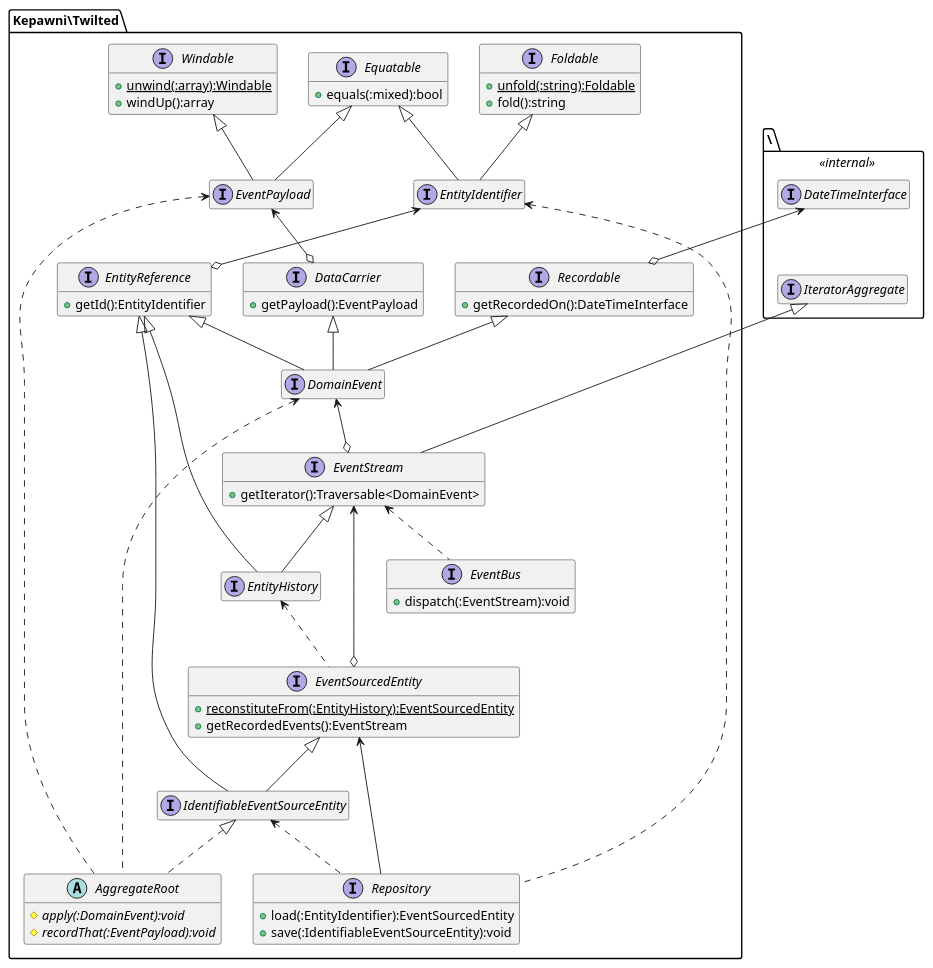
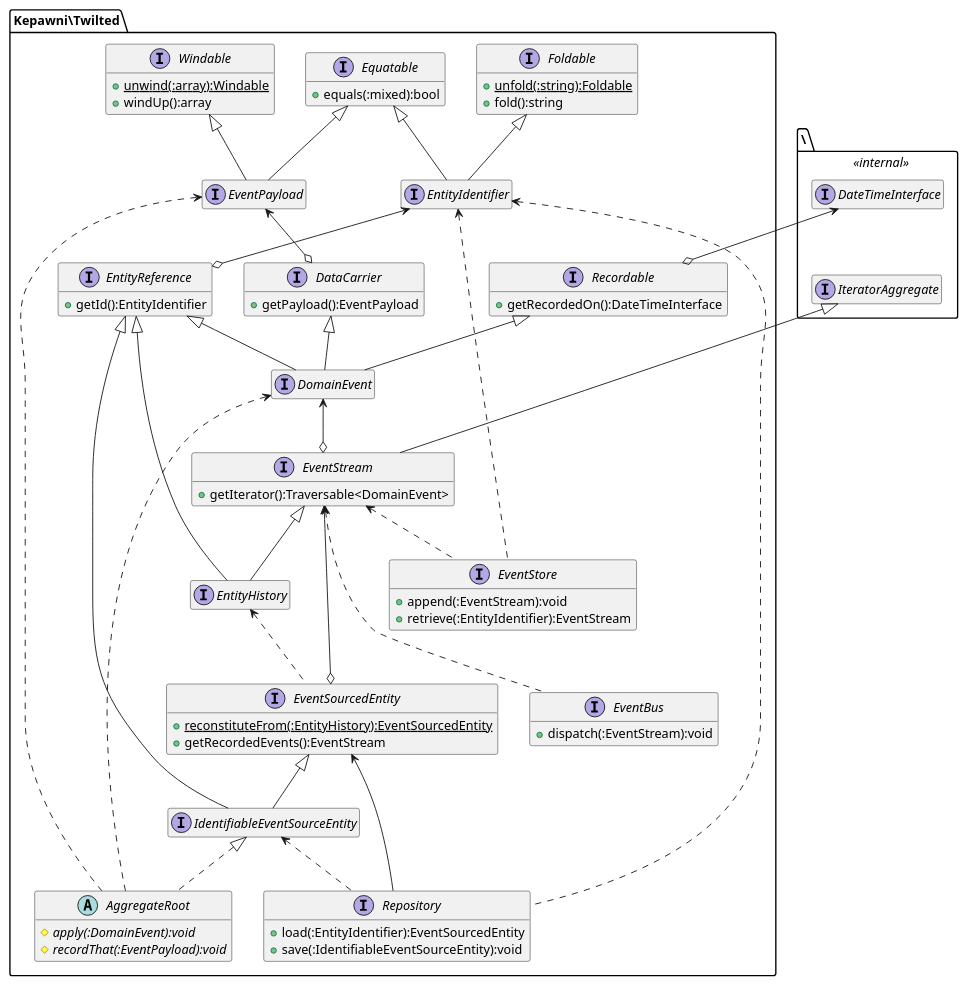
Before and after one commit to kepawni/twilted: the diagram in doc/structure.puml, drawn with PlantUML. The commit also changed 2 other files, not shown here.

Commit message:
Add EventStore and update class diagrams

```diff
--- a/doc/structure.puml
+++ b/doc/structure.puml
@@ -1,80 +1,86 @@
 @startuml
 hide empty members
 package \ <<internal>> {
     interface IteratorAggregate
     interface DateTimeInterface
 }
 package Kepawni\Twilted {
     abstract AggregateRoot {
         {abstract} #apply(:DomainEvent):void
         {abstract} #recordThat(:EventPayload):void
     }
     interface DataCarrier {
         +getPayload():EventPayload
     }
     interface DomainEvent
     interface EntityHistory
     interface EntityIdentifier
     interface EntityReference {
         +getId():EntityIdentifier
     }
     interface Equatable {
         +equals(:mixed):bool
     }
     interface EventBus {
         +dispatch(:EventStream):void
     }
     interface EventPayload
     interface EventSourcedEntity {
         {static} +reconstituteFrom(:EntityHistory):EventSourcedEntity
         +getRecordedEvents():EventStream
+    }
+    interface EventStore {
+        +append(:EventStream):void
+        +retrieve(:EntityIdentifier):EventStream
     }
     interface EventStream {
         +getIterator():Traversable<DomainEvent>
     }
     interface Foldable {
         {static} +unfold(:string):Foldable
         +fold():string
     }
     interface IdentifiableEventSourceEntity
     interface Recordable {
         +getRecordedOn():DateTimeInterface
     }
     interface Repository {
         +load(:EntityIdentifier):EventSourcedEntity
         +save(:IdentifiableEventSourceEntity):void
     }
     interface Windable {
         {static} +unwind(:array):Windable
         +windUp():array
     }
     IdentifiableEventSourceEntity ^.. AggregateRoot
     DataCarrier ^-- DomainEvent
     EntityReference ^-- DomainEvent
     Recordable ^-- DomainEvent
     EntityReference ^-- EntityHistory
     EventStream ^-- EntityHistory
     Equatable ^-- EntityIdentifier
     Foldable ^-- EntityIdentifier
     Equatable ^-- EventPayload
     Windable ^-- EventPayload
     IteratorAggregate ^-- EventStream
     EntityReference ^-- IdentifiableEventSourceEntity
     EventSourcedEntity ^-- IdentifiableEventSourceEntity
 
     EventPayload <--o DataCarrier
     EntityIdentifier <--o EntityReference
     EventStream <--o EventSourcedEntity
     DomainEvent <--o EventStream
     DateTimeInterface <--o Recordable
     EventSourcedEntity <-- Repository
     DomainEvent <.. AggregateRoot
     EventPayload <.. AggregateRoot
-    EventStream <.. EventBus
+    EventStream <... EventBus
     EntityHistory <.. EventSourcedEntity
+    EntityIdentifier <... EventStore
+    EventStream <.. EventStore
     EntityIdentifier <.. Repository
     IdentifiableEventSourceEntity <.. Repository
 
     DateTimeInterface -[hidden]- IteratorAggregate
 }
 @enduml
```
